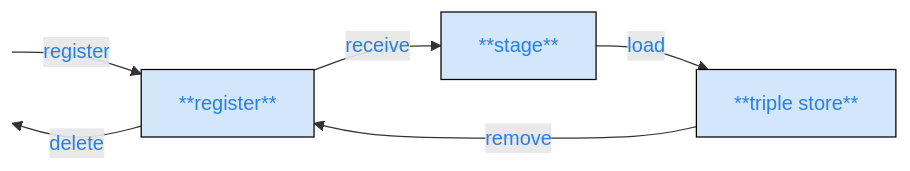
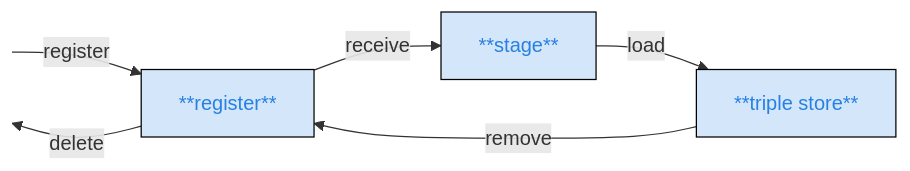
Before and after one commit to nfdi4objects/n4o-graph-importer: the diagram in README.md, drawn with Mermaid.

Commit message:
Change color in diagram

````diff
--- a/README.md
+++ b/README.md
@@ -23,18 +23,18 @@
 ```mermaid
 flowchart LR
   END[ ]:::hidden
   START[ ]:::hidden
   L["**register**"]
   S["**stage**"]
   T["**triple store**"]
 
-  START -- <span style="color:#2780e3">register</span> --> L 
-  L -- <span style="color:#2780e3">receive</span> --> S
-  S -- <span style="color:#2780e3">load</span> --> T
-  T -- <span style="color:#2780e3">remove</span> --> L
-  L -- <span style="color:#2780e3">delete</span> --> END
+  START -- register --> L 
+  L -- receive --> S
+  S -- load --> T
+  T -- remove --> L
+  L -- delete --> END
   END ~~~ L 
 
 classDef node  fill: #D4E6F9, color:#2780e3, stroke: black;
 classDef hidden display: none;
 ```
````
